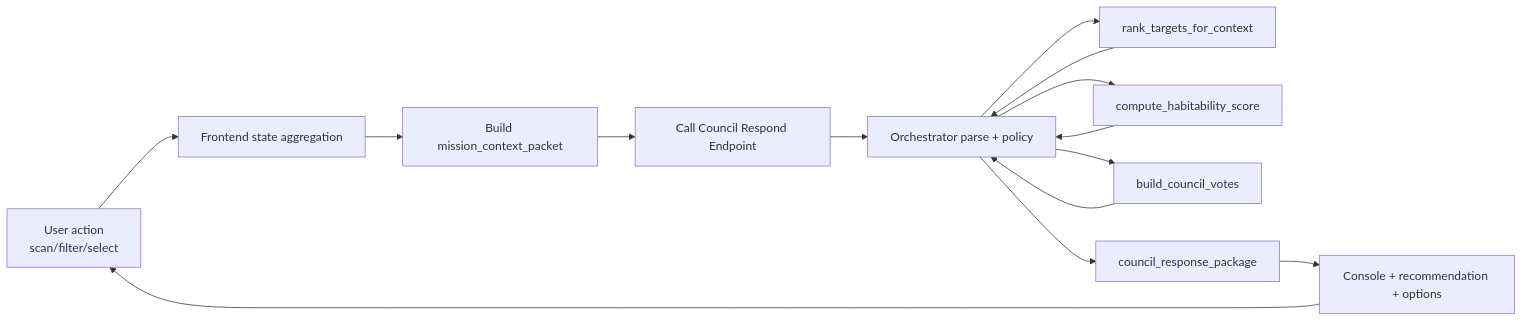
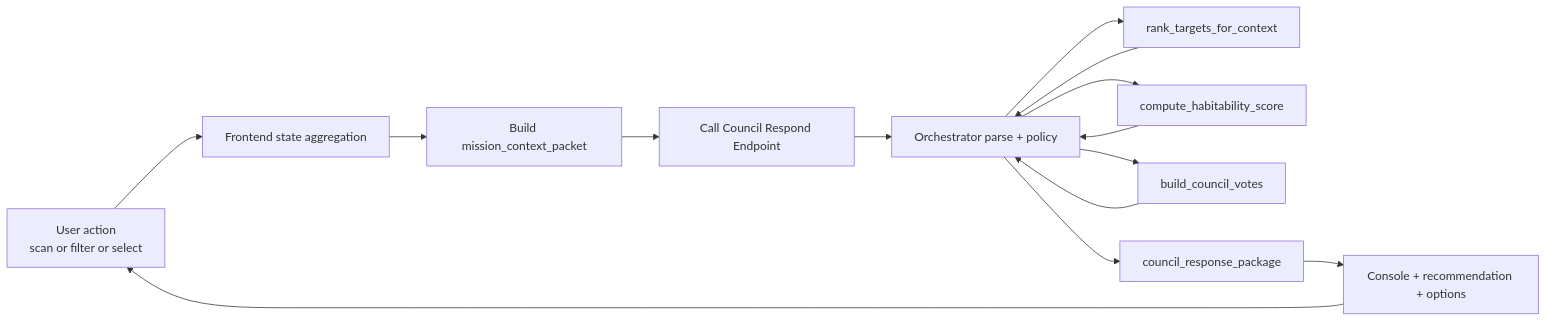
Before and after one commit to Procoderdata/hackathonvodich: the second of 5 diagrams in SYSTEM_PIPELINE.md, drawn with Mermaid. The commit also changed other lines of this file and 1 other file, not shown here.

Commit message:
docs: normalize all Mermaid labels to parser-safe convention

````diff
--- a/SYSTEM_PIPELINE.md
+++ b/SYSTEM_PIPELINE.md
@@ -36,17 +36,17 @@
 ```mermaid
 flowchart LR
     U[User action
-scan/filter/select] --> FE[Frontend state aggregation]
+scan or filter or select] --> FE[Frontend state aggregation]
     FE --> P[Build mission_context_packet]
     P --> API[Call Council Respond Endpoint]
     API --> OR[Orchestrator parse + policy]
     OR --> TL1[rank_targets_for_context]
     OR --> TL2[compute_habitability_score]
     OR --> TL3[build_council_votes]
     TL1 --> OR
     TL2 --> OR
     TL3 --> OR
     OR --> R[council_response_package]
     R --> UI[Console + recommendation + options]
     UI --> U
 ```
````
